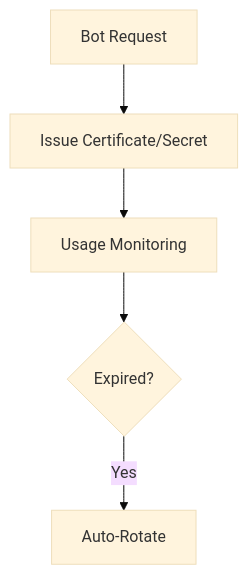
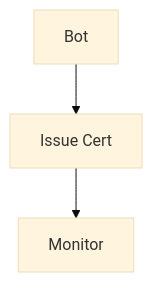
One commit to Devopstrio/identity-governance-framework changed the ninth of 30 diagrams in README.md. Above: the diagram before and after it, drawn with Mermaid (base theme). The commit also changed other lines of this file, not shown here.

Commit message:
docs: expand README with 30+ architectural diagrams

````diff
--- a/README.md
+++ b/README.md
@@ -189,7 +86,5 @@
 ```mermaid
 graph TD
-    Request[Bot Request] --> Issue[Issue Certificate/Secret]
-    Issue --> Monitor[Usage Monitoring]
-    Monitor --> Expiry{Expired?}
-    Expiry -- "Yes" --> Rotate[Auto-Rotate]
+    Bot[Bot] --> Cert[Issue Cert]
+    Cert --> Monitor[Monitor]
 ```
````
